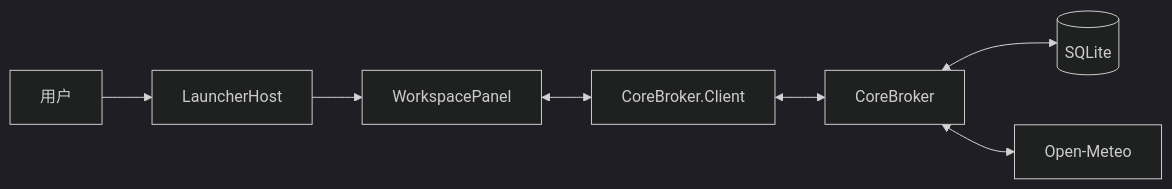
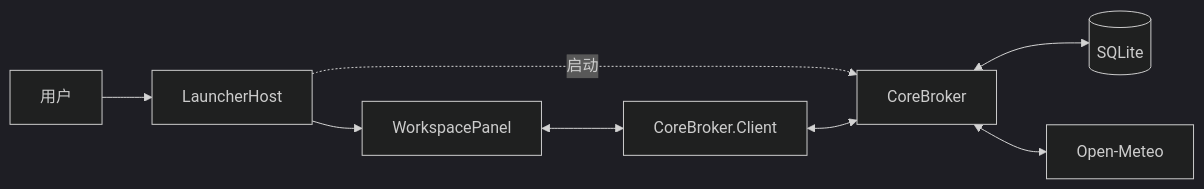
One commit to CookPiu/WinWidgetBoard changed the diagram in docs/03-technical-architecture.md. Above: the diagram before and after it, drawn with Mermaid (dark theme). The commit also changed other lines of this file and 9 other files, not shown here.

````diff
--- a/docs/03-technical-architecture.md
+++ b/docs/03-technical-architecture.md
@@ -20,9 +20,10 @@
 ```mermaid
 flowchart LR
     U["用户"] --> L["LauncherHost"]
     L --> P["WorkspacePanel"]
+    L -. 启动 .-> B["CoreBroker"]
     P <--> C["CoreBroker.Client"]
-    C <--> B["CoreBroker"]
+    C <--> B
     B <--> D[("SQLite")]
     B <--> W["Open-Meteo"]
 ```
````
